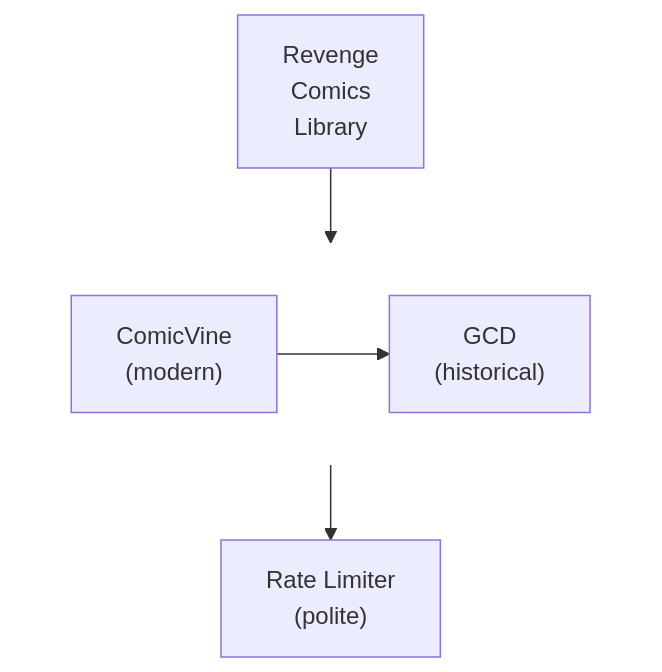
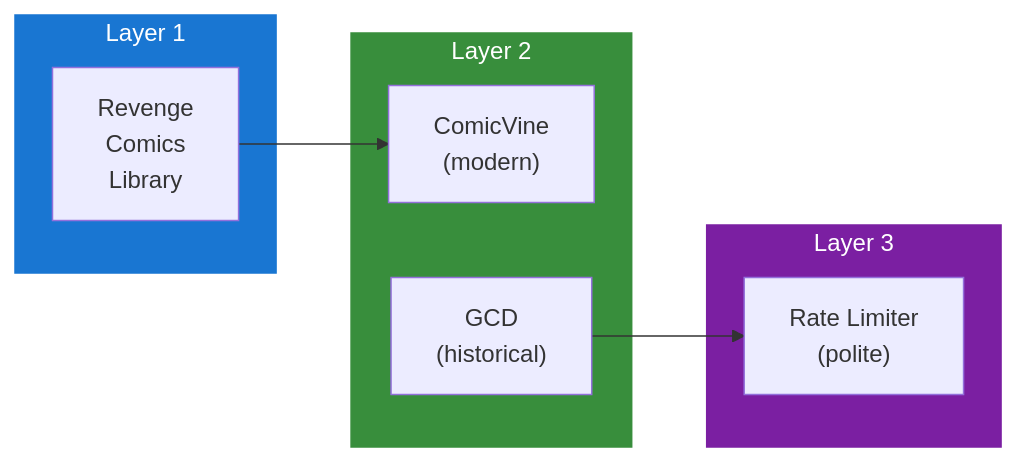
The diagram in docs/dev/design/integrations/metadata/comics/GRAND_COMICS_DATABASE.md (lusoris/revenge), drawn with Mermaid before and after one commit. The commit also changed 215 other files, not shown here.

First line of the commit message:
feat(diagrams): convert all ASCII diagrams to Mermaid with LR subgraphs

````diff
--- a/docs/dev/design/integrations/metadata/comics/GRAND_COMICS_DATABASE.md
+++ b/docs/dev/design/integrations/metadata/comics/GRAND_COMICS_DATABASE.md
@@ -57,16 +57,24 @@
 ```mermaid
-flowchart TD
-    node1["Revenge<br/>Comics<br/>Library"]
-    subgraph row1[ ]
-        direction LR
+flowchart LR
+    subgraph Layer1["Layer 1"]
+        node1["Revenge<br/>Comics<br/>Library"]
+    end
+
+    subgraph Layer2["Layer 2"]
         node2["ComicVine<br/>(modern)"]
         node3["GCD<br/>(historical)"]
     end
-    node4["Rate Limiter<br/>(polite)"]
-    node2 --> node3
+
+    subgraph Layer3["Layer 3"]
+        node4["Rate Limiter<br/>(polite)"]
+    end
+
+    %% Connections
     node1 --> node2
     node3 --> node4
 
-    %% Hide row subgraph borders
-    style row1 fill:transparent,stroke:transparent
+    %% Styling
+    style Layer1 fill:#1976D2,stroke:#1976D2,color:#fff
+    style Layer2 fill:#388E3C,stroke:#388E3C,color:#fff
+    style Layer3 fill:#7B1FA2,stroke:#7B1FA2,color:#fff
 ```
````
